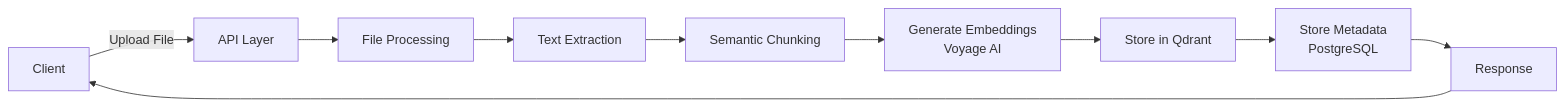
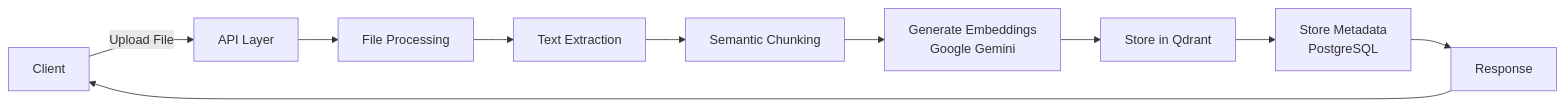
One commit to ntduong1998vn/agentic-rag-sample changed the first of 3 diagrams in docs/ARCHITECTURE.md. Above: the diagram before and after it, drawn with Mermaid. The commit also changed other lines of this file and 16 other files, not shown here.

Commit message:
feat: Migrate embedding provider from Voyage AI to Google Gemini, updating dependencies, configurations, and adding embedding tests.

````diff
--- a/docs/ARCHITECTURE.md
+++ b/docs/ARCHITECTURE.md
@@ -167,12 +166,12 @@
 ```mermaid
 graph LR
     A[Client] -->|Upload File| B[API Layer]
     B --> C[File Processing]
     C --> D[Text Extraction]
     D --> E[Semantic Chunking]
-    E --> F[Generate Embeddings<br/>Voyage AI]
+    E --> F[Generate Embeddings<br/>Google Gemini]
     F --> G[Store in Qdrant]
     G --> H[Store Metadata<br/>PostgreSQL]
     H --> I[Response]
     I --> A
 ```
````
